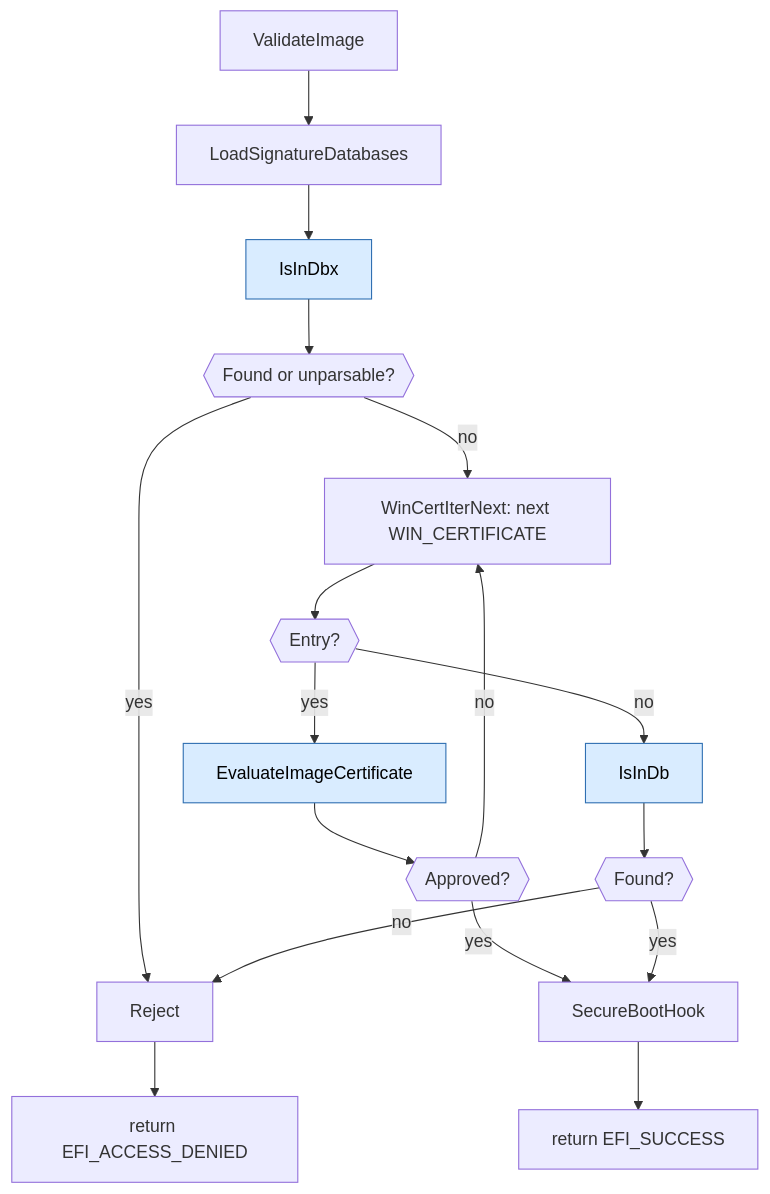
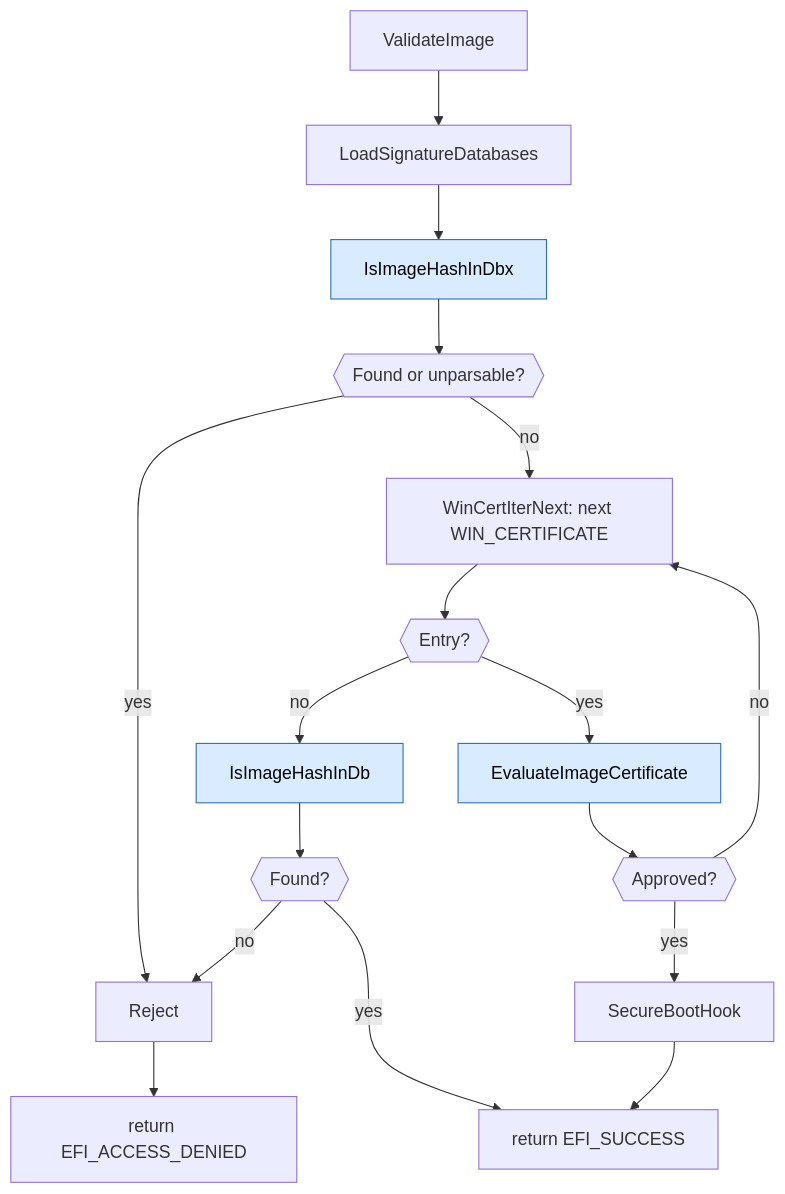
One commit to microsoft/mu_basecore changed the second of 5 diagrams in SecurityPkg/Library/DxeImageVerificationLib2/README.md. Above: the diagram before and after it, drawn with Mermaid. The commit also changed other lines of this file and 10 other files, not shown here.

````diff
--- a/SecurityPkg/Library/DxeImageVerificationLib2/README.md
+++ b/SecurityPkg/Library/DxeImageVerificationLib2/README.md
@@ -108,22 +114,22 @@
 ```mermaid
 flowchart TD
     A[ValidateImage] --> B[LoadSignatureDatabases]
-    B --> S1[IsInDbx]
+    B --> S1[IsImageHashInDbx]
     S1 --> S1Q{{Found or unparsable?}}
     S1Q -- yes --> R[Reject]
     S1Q -- no  --> D1[WinCertIterNext: next WIN_CERTIFICATE]
     D1 --> D2{{Entry?}}
     D2 -- yes --> IA[EvaluateImageCertificate]
     IA --> IA1{{Approved?}}
     IA1 -- yes --> G[SecureBootHook]
     IA1 -- no --> D1
-    D2 -- no  --> H[IsInDb]
+    D2 -- no  --> H[IsImageHashInDb]
     H --> H1{{Found?}}
-    H1 -- yes --> G
+    H1 -- yes --> S
     H1 -- no  --> R
     G --> S[return EFI_SUCCESS]
     R --> X[return EFI_ACCESS_DENIED]
 
     classDef drill fill:#d9ecff,stroke:#2f6fb2,color:#000;
     class IA,S1,H drill;
 ```
````
